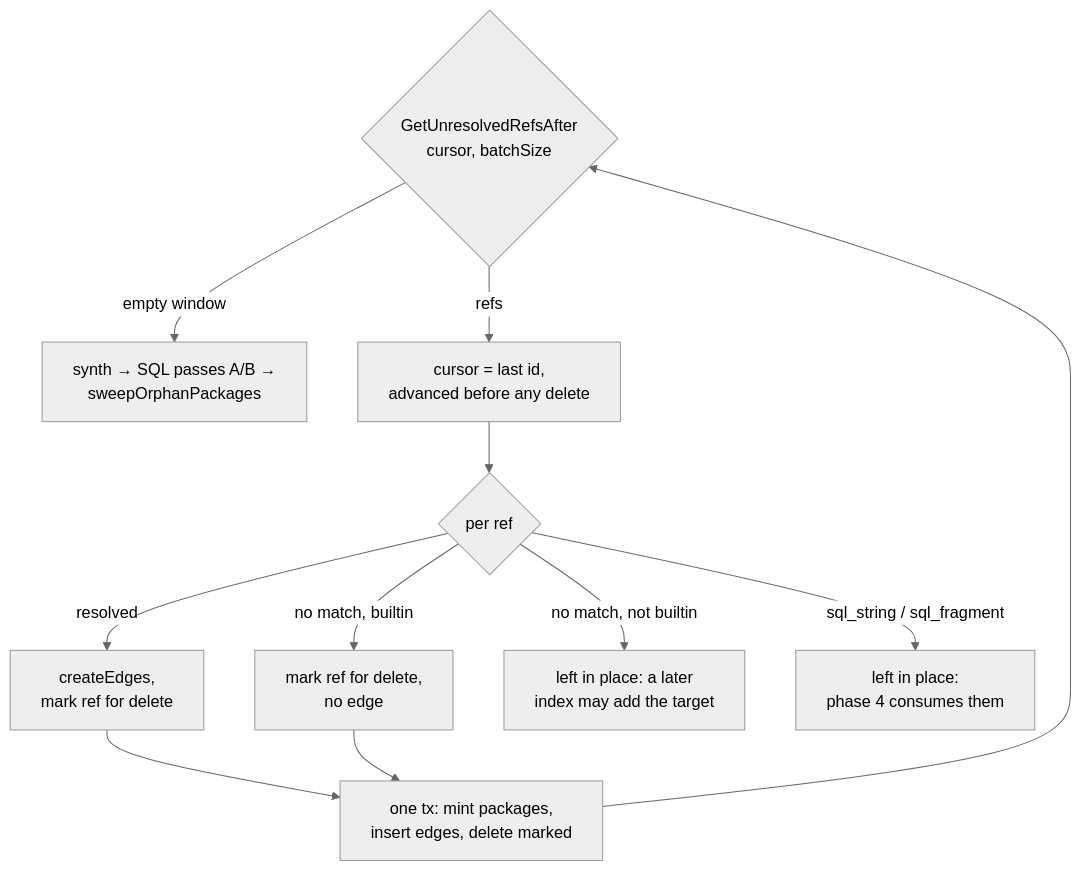
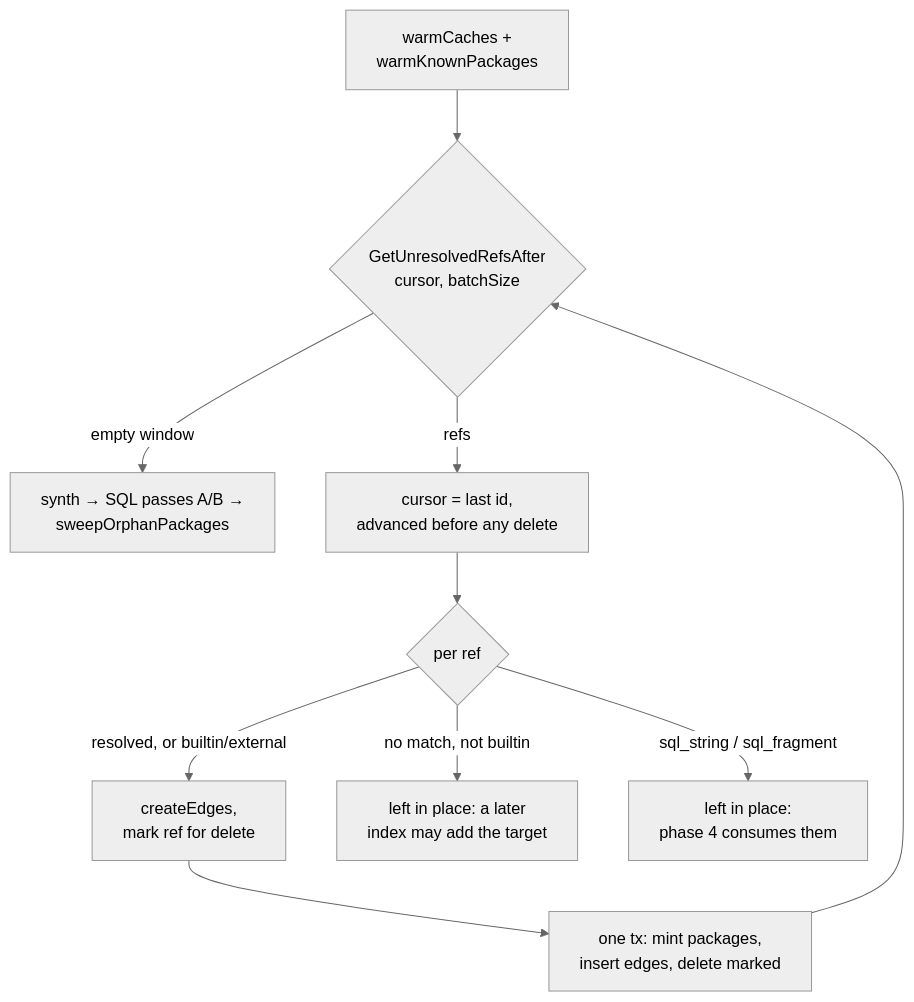
The second of 2 diagrams in docs/wiki/code-intel.md (damusix/atomic-claude), drawn with Mermaid (neutral theme) before and after one commit. The commit also changed other lines of this file and 795 other files, not shown here.

````diff
--- a/docs/wiki/code-intel.md
+++ b/docs/wiki/code-intel.md
@@ -147,15 +64,12 @@
 ```mermaid
 flowchart TD
-    %% source: atomic/internal/codeintel/resolution/pipeline.go ResolveAndPersistBatched
-    G{"GetUnresolvedRefsAfter<br/>cursor, batchSize"}
+    W["warmCaches +<br/>warmKnownPackages"] --> G{"GetUnresolvedRefsAfter<br/>cursor, batchSize"}
     G -->|empty window| P4["synth → SQL passes A/B →<br/>sweepOrphanPackages"]
     G -->|refs| C["cursor = last id,<br/>advanced before any delete"]
     C --> T{"per ref"}
-    T -->|resolved| E["createEdges,<br/>mark ref for delete"]
-    T -->|"no match, builtin"| BI["mark ref for delete,<br/>no edge"]
+    T -->|"resolved, or builtin/external"| E["createEdges,<br/>mark ref for delete"]
     T -->|"no match, not builtin"| K["left in place: a later<br/>index may add the target"]
     T -->|"sql_string / sql_fragment"| S["left in place:<br/>phase 4 consumes them"]
     E --> TX["one tx: mint packages,<br/>insert edges, delete marked"]
-    BI --> TX
     TX --> G
 ```
````
